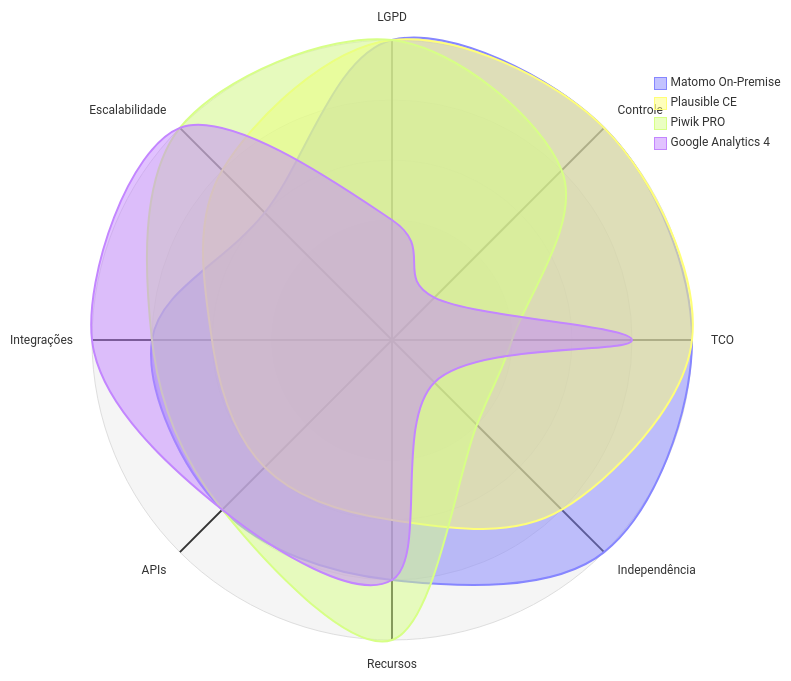
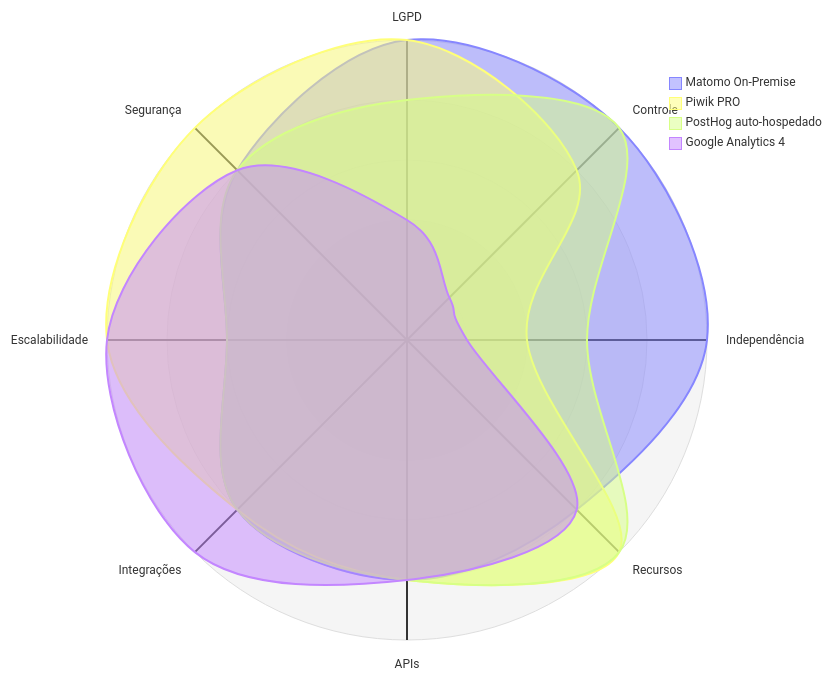
Before and after one commit to fabioramos-02/tradeoff-analytics: the second of 2 diagrams in docs/07-matriz-decisao.md, drawn with Mermaid. The commit also changed other lines of this file and 12 other files, not shown here.

Commit message:
docs: initialize analytics platform study repository with decision criteria, roadmap, and comparative analysis documents.

````diff
--- a/docs/07-matriz-decisao.md
+++ b/docs/07-matriz-decisao.md
@@ -134,10 +155,10 @@
 ```mermaid
 radar-beta
-  axis lgpd["LGPD"], ctrl["Controle"], tco["TCO"], indep["Independência"], rec["Recursos"], api["APIs"], integ["Integrações"], esc["Escalabilidade"]
-  curve matomo["Matomo On-Premise"]{5, 5, 5, 5, 4, 4, 4, 3}
-  curve plausible["Plausible CE"]{5, 5, 5, 4, 3, 3, 3, 4}
-  curve piwik["Piwik PRO"]{5, 4, 2, 2, 5, 4, 4, 5}
-  curve ga4["Google Analytics 4"]{2, 1, 4, 1, 4, 4, 5, 5}
+  axis lgpd["LGPD"], ctrl["Controle"], indep["Independência"], rec["Recursos"], api["APIs"], integ["Integrações"], esc["Escalabilidade"], seg["Segurança"]
+  curve matomo["Matomo On-Premise"]{5, 5, 5, 4, 4, 4, 3, 4}
+  curve piwik["Piwik PRO"]{5, 4, 2, 5, 4, 4, 5, 5}
+  curve posthog["PostHog auto-hospedado"]{4, 5, 3, 5, 4, 4, 3, 4}
+  curve ga4["Google Analytics 4"]{2, 1, 1, 4, 4, 5, 5, 4}
   max 5
   min 0
 ```
````
